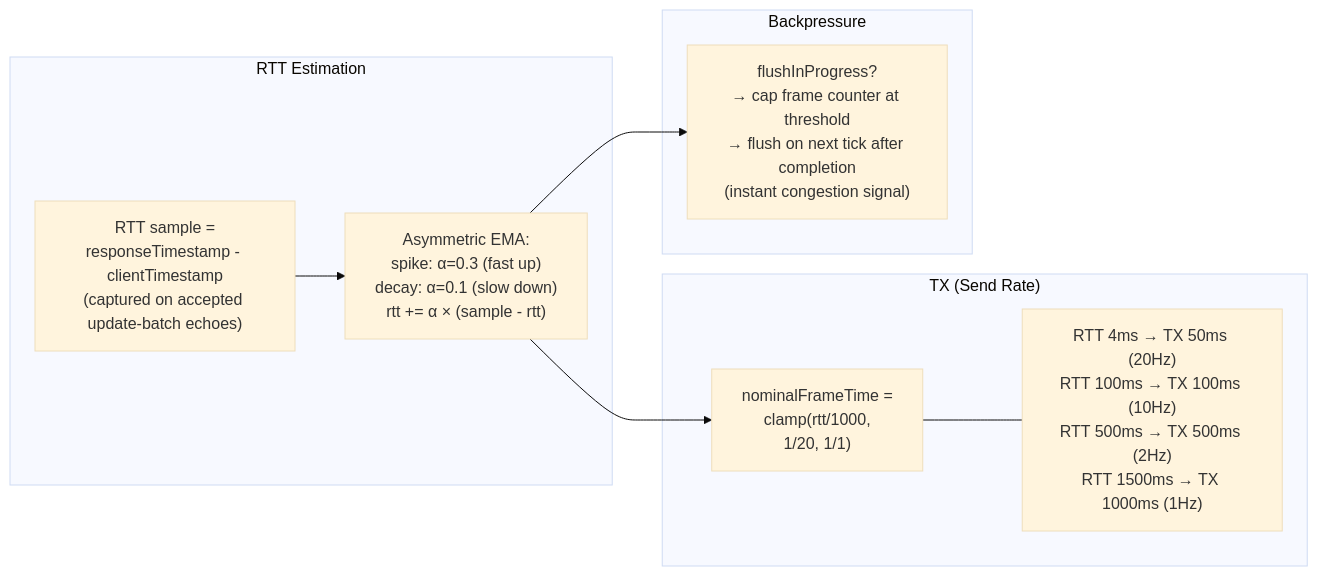
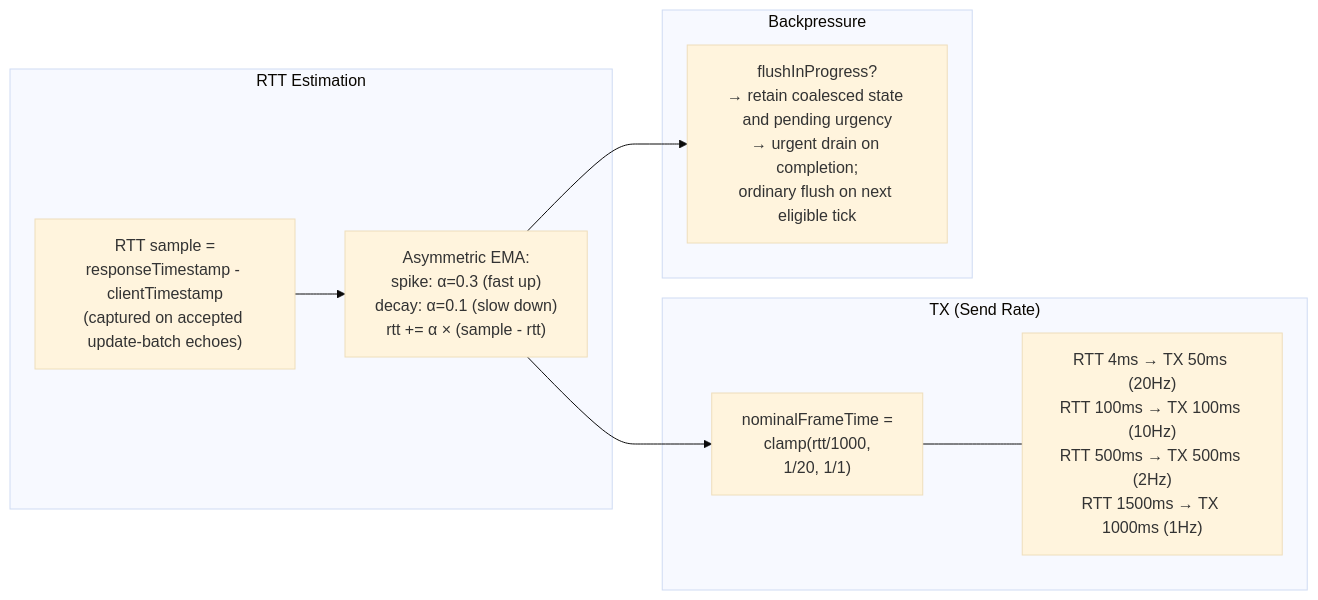
Before and after one commit to badvoidstar/astervoids: diagram 22 of 36 in ARCHITECTURE.md, drawn with Mermaid (base theme). The commit also changed other lines of this file and 34 other files, not shown here.

Commit message:
Implement simulation timelines, continuous contacts, and active-authority lifecycle

````diff
--- a/ARCHITECTURE.md
+++ b/ARCHITECTURE.md
@@ -973,21 +1004,21 @@
 ```mermaid
 flowchart LR
     subgraph "RTT Estimation"
         SAMPLE["RTT sample =<br/>responseTimestamp - clientTimestamp<br/>(captured on accepted update-batch echoes)"]
         EMA["Asymmetric EMA:<br/>spike: α=0.3 (fast up)<br/>decay: α=0.1 (slow down)<br/>rtt += α × (sample - rtt)"]
         SAMPLE --> EMA
     end
 
     subgraph "TX (Send Rate)"
         FORMULA["nominalFrameTime =<br/>clamp(rtt/1000,<br/>1/20, 1/1)"]
         TABLE["RTT 4ms → TX 50ms (20Hz)<br/>RTT 100ms → TX 100ms (10Hz)<br/>RTT 500ms → TX 500ms (2Hz)<br/>RTT 1500ms → TX 1000ms (1Hz)"]
         FORMULA --- TABLE
     end
 
     subgraph "Backpressure"
-        BP["flushInProgress?<br/>→ cap frame counter at threshold<br/>→ flush on next tick after completion<br/>(instant congestion signal)"]
+        BP["flushInProgress?<br/>→ retain coalesced state and pending urgency<br/>→ urgent drain on completion;<br/>ordinary flush on next eligible tick"]
     end
 
     EMA --> FORMULA
     EMA --> BP
 ```
````
